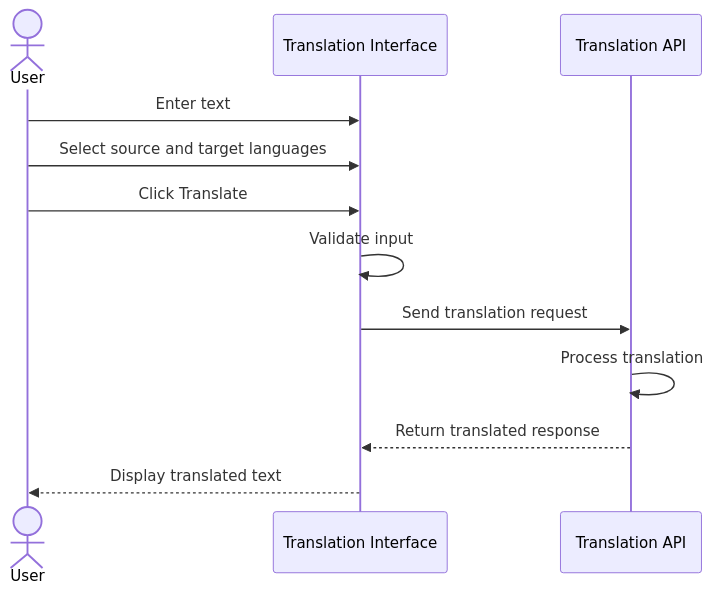
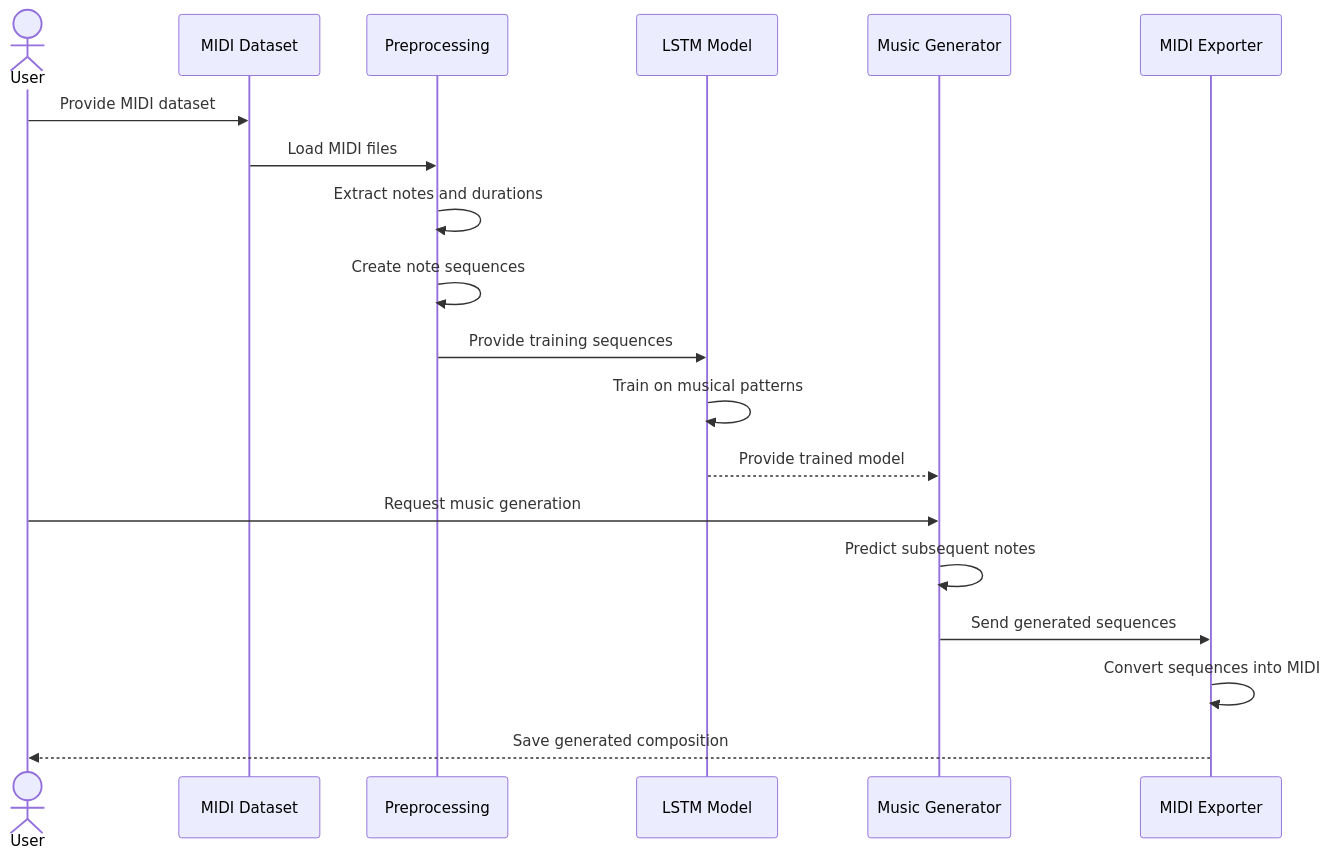
Before and after one commit to Avinash-k18/CodeAlphaMusicGenerationWithAI: the second of 4 diagrams in README.md, drawn with Mermaid. The commit also changed other lines of this file, not shown here.

````diff
--- a/README.md
+++ b/README.md
@@ -74,15 +86,22 @@
-```mermaid
+```mermaid id="musicflow"
 sequenceDiagram
     actor User
-    participant UI as Translation Interface
-    participant API as Translation API
+    participant DS as MIDI Dataset
+    participant PP as Preprocessing
+    participant ML as LSTM Model
+    participant GEN as Music Generator
+    participant MIDI as MIDI Exporter
 
-    User->>UI: Enter text
-    User->>UI: Select source and target languages
-    User->>UI: Click Translate
-    UI->>UI: Validate input
-    UI->>API: Send translation request
-    API->>API: Process translation
-    API-->>UI: Return translated response
-    UI-->>User: Display translated text
+    User->>DS: Provide MIDI dataset
+    DS->>PP: Load MIDI files
+    PP->>PP: Extract notes and durations
+    PP->>PP: Create note sequences
+    PP->>ML: Provide training sequences
+    ML->>ML: Train on musical patterns
+    ML-->>GEN: Provide trained model
+    User->>GEN: Request music generation
+    GEN->>GEN: Predict subsequent notes
+    GEN->>MIDI: Send generated sequences
+    MIDI->>MIDI: Convert sequences into MIDI
+    MIDI-->>User: Save generated composition
 ```
````
